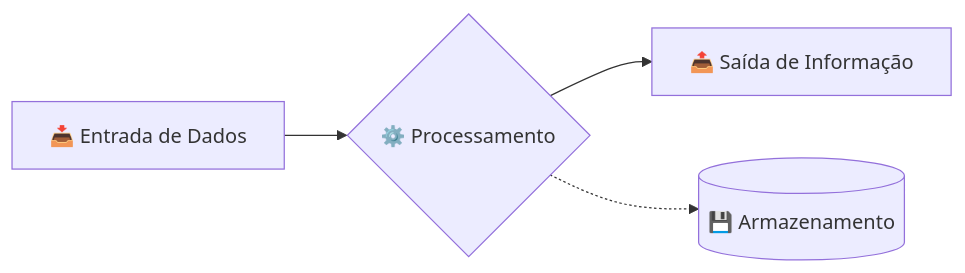
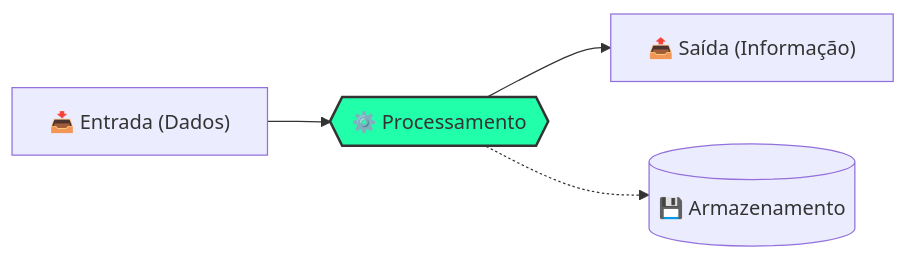
The diagram in docs/aulas/aula-01.md (ricardotecpro/ads_mod_01_fundamentos_da_computacao), drawn with Mermaid before and after one commit. The commit also changed other lines of this file and 3 other files, not shown here.

````diff
--- a/docs/aulas/aula-01.md
+++ b/docs/aulas/aula-01.md
@@ -30,6 +21,7 @@
 ```mermaid
 graph LR
-    A[📥 Entrada de Dados] --> B{⚙️ Processamento}
-    B --> C[📤 Saída de Informação]
-    B -.-> D[(💾 Armazenamento)]
+    A["📥 Entrada (Dados)"] --> B{{"⚙️ Processamento"}}
+    B --> C["📤 Saída (Informação)"]
+    B -.-> D[("💾 Armazenamento")]
+    style B fill:#2fa,stroke:#333,stroke-width:2px
 ```
````
